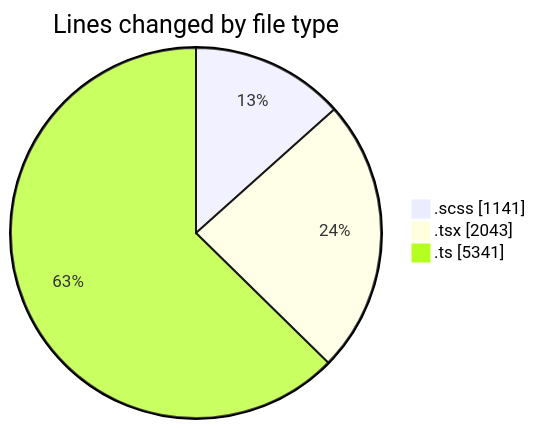
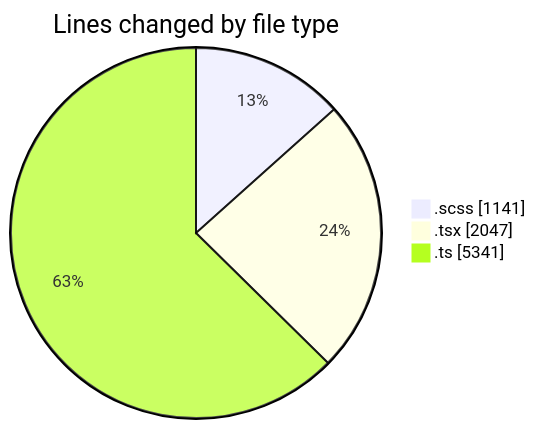
Before and after one commit to momahboobian/code-tracking: the first of 2 diagrams in 2025-03-28/cda/README.md, drawn with Mermaid. The commit also changed other lines of this file and 1 other file, not shown here.

````diff
--- a/2025-03-28/cda/README.md
+++ b/2025-03-28/cda/README.md
@@ -34,7 +34,7 @@
 ```mermaid
 pie showData
 title Lines changed by file type
 ".scss" : 1141
-".tsx" : 2043
+".tsx" : 2047
 ".ts" : 5341
 ```
````
